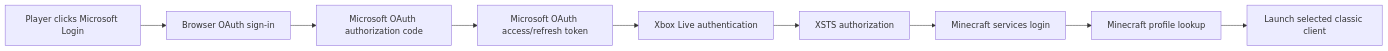
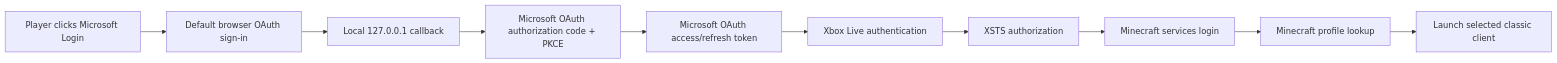
Before and after one commit to VinceGuyMan/MCLauncherRevival: the first of 2 diagrams in docs/AUTH_FLOW.md, drawn with Mermaid. The commit also changed other lines of this file and 6 other files, not shown here.

Commit message:
Improve Microsoft login trust flow

````diff
--- a/docs/AUTH_FLOW.md
+++ b/docs/AUTH_FLOW.md
@@ -7,21 +7,23 @@
 ```mermaid
 flowchart LR
     User["Player clicks Microsoft Login"]
-    Browser["Browser OAuth sign-in"]
-    MS["Microsoft OAuth authorization code"]
+    Browser["Default browser OAuth sign-in"]
+    Local["Local 127.0.0.1 callback"]
+    MS["Microsoft OAuth authorization code + PKCE"]
     MSToken["Microsoft OAuth access/refresh token"]
     XBL["Xbox Live authentication"]
     XSTS["XSTS authorization"]
     MC["Minecraft services login"]
     Profile["Minecraft profile lookup"]
     Launch["Launch selected classic client"]
 
     User --> Browser
-    Browser --> MS
+    Browser --> Local
+    Local --> MS
     MS --> MSToken
     MSToken --> XBL
     XBL --> XSTS
     XSTS --> MC
     MC --> Profile
     Profile --> Launch
 ```
````
